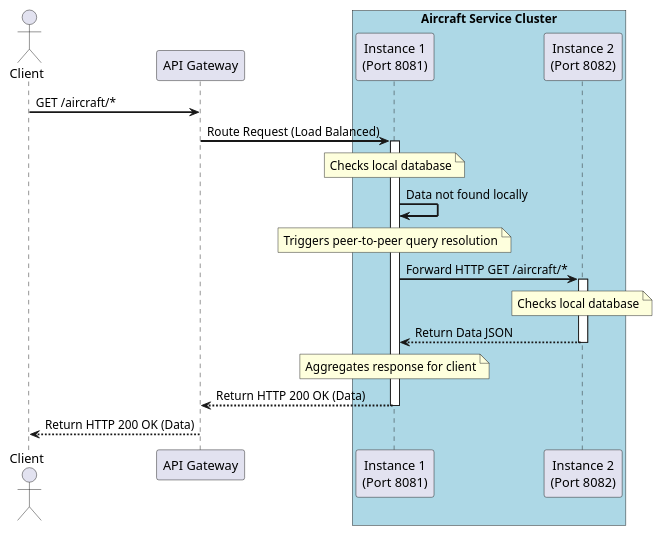
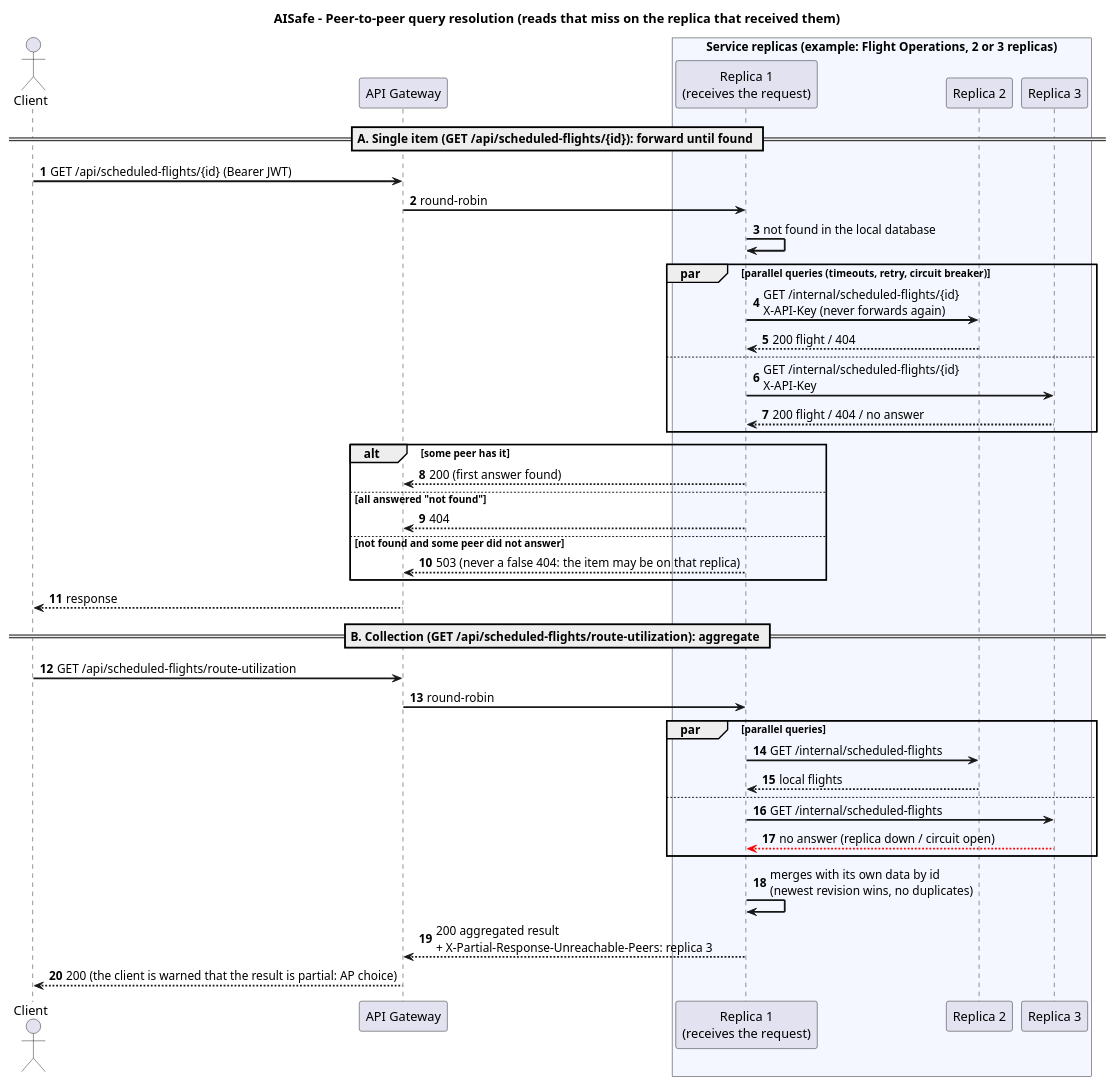
One commit to anamartasilvaa/SIDIG_AI_Safe changed the diagram in docs/SIDIS/peer-to-peer.puml. Above: the diagram before and after it, drawn with PlantUML. The commit also changed 6 other files, not shown here.

Commit message:
Novos diagramas do projeto + atualizados

```diff
--- a/docs/SIDIS/peer-to-peer.puml
+++ b/docs/SIDIS/peer-to-peer.puml
@@ -1,31 +1,49 @@
-@startuml
+@startuml peer-to-peer
+title AISafe - Peer-to-peer query resolution (reads that miss on the replica that received them)
+skinparam shadowing false
 skinparam sequenceArrowThickness 2
+autonumber
 
 actor Client
-participant "API Gateway" as Gateway
-box "Aircraft Service Cluster" #LightBlue
-participant "Instance 1\n(Port 8081)" as R1
-participant "Instance 2\n(Port 8082)" as R2
+participant "API Gateway" as GW
+box "Service replicas (example: Flight Operations, 2 or 3 replicas)" #F4F7FF
+participant "Replica 1\n(receives the request)" as R1
+participant "Replica 2" as R2
+participant "Replica 3" as R3
 end box
 
-Client -> Gateway : GET /aircraft/*
-Gateway -> R1 : Route Request (Load Balanced)
+== A. Single item (GET /api/scheduled-flights/{id}): forward until found ==
+Client -> GW : GET /api/scheduled-flights/{id} (Bearer JWT)
+GW -> R1 : round-robin
+R1 -> R1 : not found in the local database
+par parallel queries (timeouts, retry, circuit breaker)
+  R1 -> R2 : GET /internal/scheduled-flights/{id}\nX-API-Key (never forwards again)
+  R2 --> R1 : 200 flight / 404
+else
+  R1 -> R3 : GET /internal/scheduled-flights/{id}\nX-API-Key
+  R3 --> R1 : 200 flight / 404 / no answer
+end
+alt some peer has it
+  R1 --> GW : 200 (first answer found)
+else all answered "not found"
+  R1 --> GW : 404
+else not found and some peer did not answer
+  R1 --> GW : 503 (never a false 404: the item may be on that replica)
+end
+GW --> Client : response
 
-activate R1
-note over R1: Checks local database
-R1 -> R1 : Data not found locally
+== B. Collection (GET /api/scheduled-flights/route-utilization): aggregate ==
+Client -> GW : GET /api/scheduled-flights/route-utilization
+GW -> R1 : round-robin
+par parallel queries
+  R1 -> R2 : GET /internal/scheduled-flights
+  R2 --> R1 : local flights
+else
+  R1 -> R3 : GET /internal/scheduled-flights
+  R3 -[#red]-> R1 : no answer (replica down / circuit open)
+end
+R1 -> R1 : merges with its own data by id\n(newest revision wins, no duplicates)
+R1 --> GW : 200 aggregated result\n+ X-Partial-Response-Unreachable-Peers: replica 3
+GW --> Client : 200 (the client is warned that the result is partial: AP choice)
 
-note over R1: Triggers peer-to-peer query resolution
-R1 -> R2 : Forward HTTP GET /aircraft/*
-activate R2
-
-note over R2: Checks local database
-R2 --> R1 : Return Data JSON
-deactivate R2
-
-note over R1: Aggregates response for client
-R1 --> Gateway : Return HTTP 200 OK (Data)
-deactivate R1
-
-Gateway --> Client : Return HTTP 200 OK (Data)
 @enduml
```
